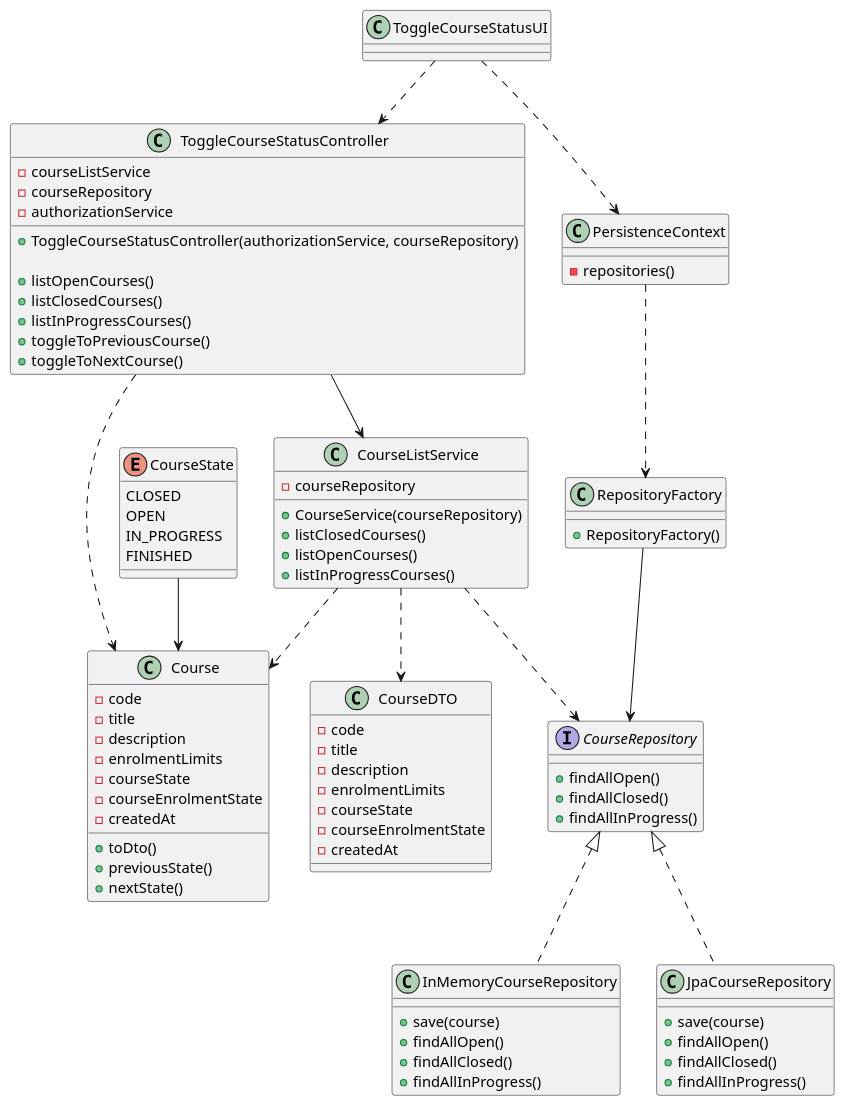
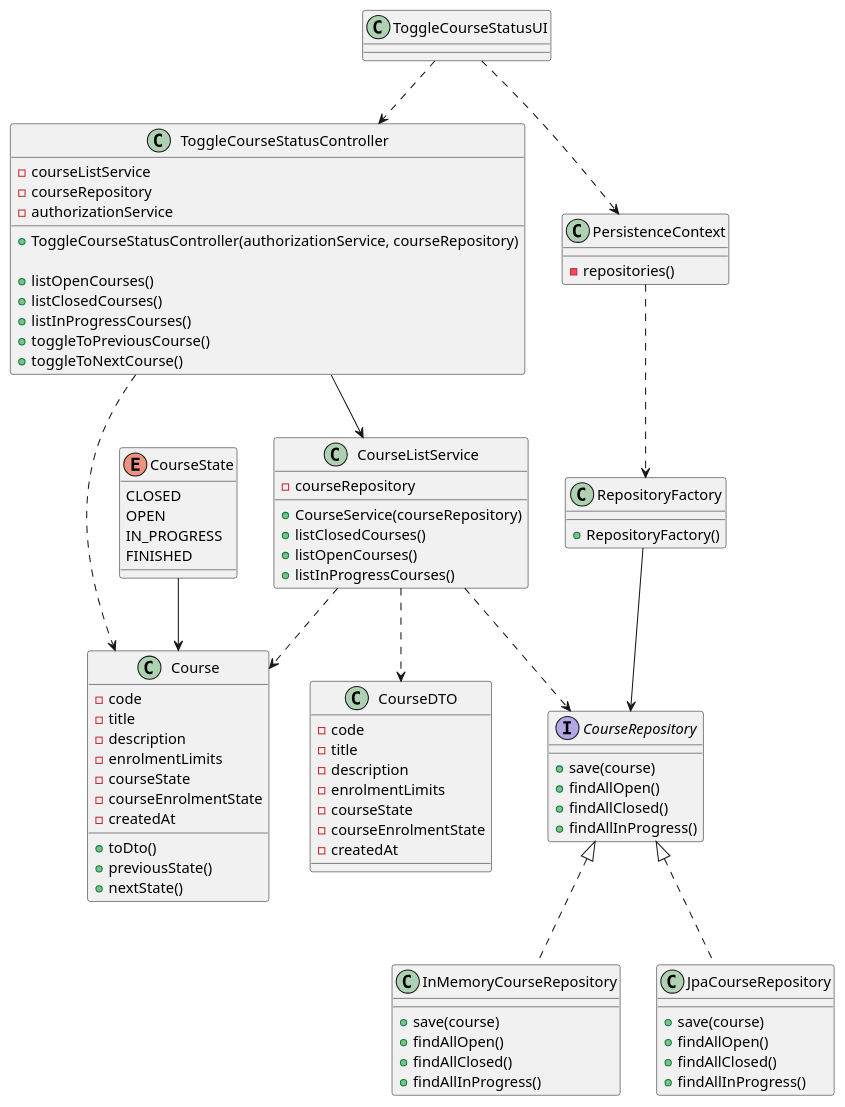
One commit to miseEnPlace-dev/lapr4 changed the diagram in docs/sprint-b/us10-1004/US1004_CD.puml. Above: the diagram before and after it, drawn with PlantUML. The commit also changed 5 other files, not shown here.

```diff
--- a/docs/sprint-b/us10-1004/US1004_CD.puml
+++ b/docs/sprint-b/us10-1004/US1004_CD.puml
@@ -1,107 +1,107 @@
 @startuml US1004_CD
 
 class ToggleCourseStatusUI {
 
 }
 
 class ToggleCourseStatusController {
 - courseListService
 - courseRepository
 - authorizationService
 + ToggleCourseStatusController(authorizationService, courseRepository)
 
 + listOpenCourses()
 + listClosedCourses()
 + listInProgressCourses()
 + toggleToPreviousCourse()
 + toggleToNextCourse()
 }
 
 
 class Course {
   - code
   - title
   - description
   - enrolmentLimits
   - courseState
   - courseEnrolmentState
   - createdAt
   + toDto()
   + previousState()
   + nextState()
 }
 
 class RepositoryFactory {
   + RepositoryFactory()
 }
 
 interface CourseRepository {
-
+  + save(course)
   + findAllOpen()
   + findAllClosed()
   + findAllInProgress()
 }
 
 class CourseListService {
   - courseRepository
 
   + CourseService(courseRepository)
   + listClosedCourses()
   + listOpenCourses()
   + listInProgressCourses()
 }
 
 class CourseDTO {
   - code
   - title
   - description
   - enrolmentLimits
   - courseState
   - courseEnrolmentState
   - createdAt
 }
 
 class InMemoryCourseRepository {
   + save(course)
   + findAllOpen()
   + findAllClosed()
   + findAllInProgress()
 }
 
 class JpaCourseRepository {
   + save(course)
   + findAllOpen()
   + findAllClosed()
   + findAllInProgress()
 }
 
 class PersistenceContext {
   - repositories()
 }
 
 
 enum CourseState {
   CLOSED
   OPEN
   IN_PROGRESS
   FINISHED
 }
 
 CourseState --> Course
 
 PersistenceContext ..> RepositoryFactory
 RepositoryFactory --> CourseRepository
 
 CourseRepository <|.. InMemoryCourseRepository
 CourseRepository <|.. JpaCourseRepository
 ToggleCourseStatusUI ..> PersistenceContext
 ToggleCourseStatusController ..> Course
 ToggleCourseStatusUI ..> ToggleCourseStatusController
 
 CourseListService ..> Course
 CourseListService ..> CourseDTO
 CourseListService ..> CourseRepository
 
 ToggleCourseStatusController --> CourseListService
 
 @enduml
```
